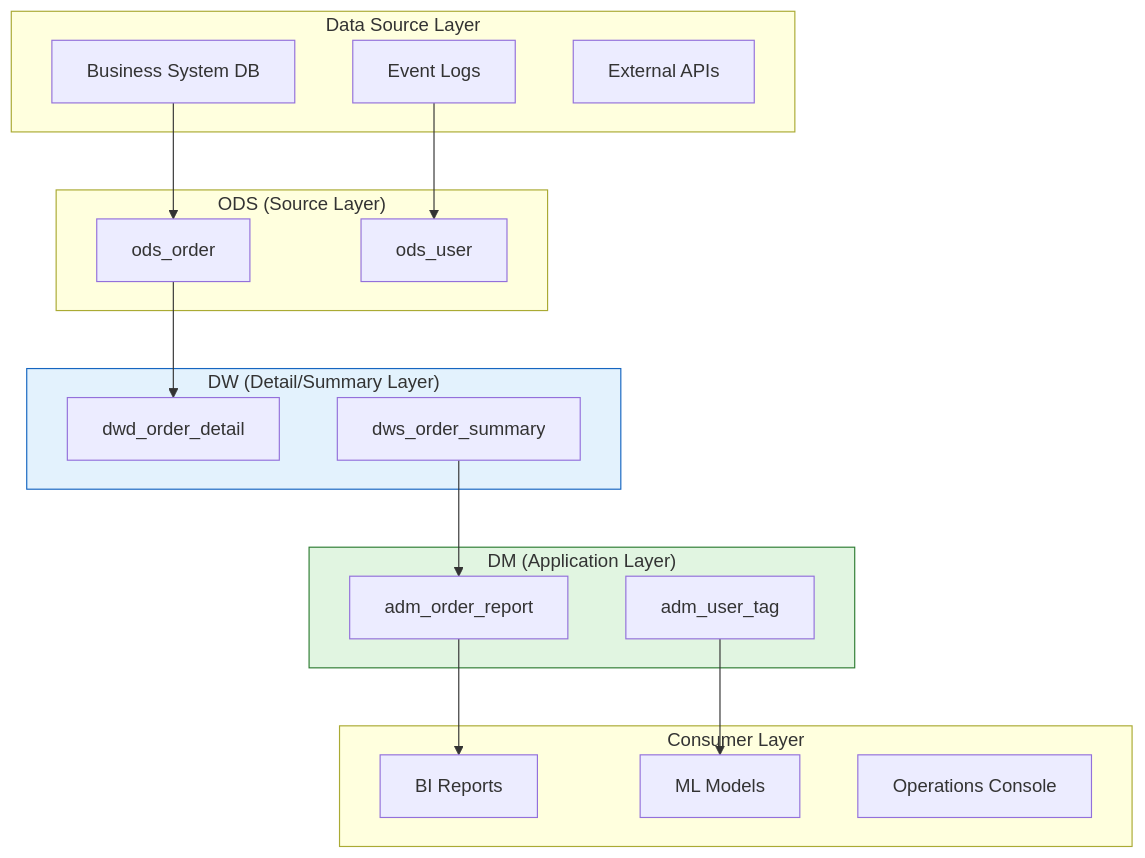
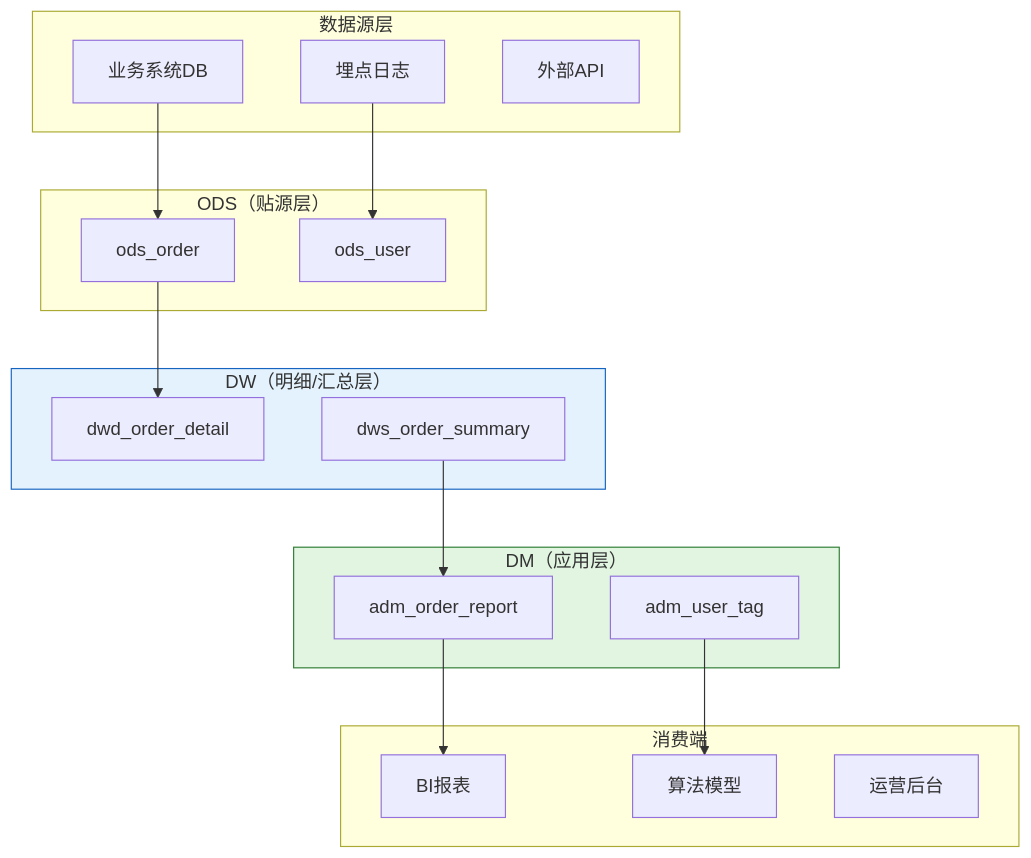
One commit to Kirky-X/cangjie changed the second of 11 diagrams in templates/Product/Technology/Template-DB-Design.md. Above: the diagram before and after it, drawn with Mermaid. The commit also changed other lines of this file and 33 other files, not shown here.

````diff
--- a/templates/Product/Technology/Template-DB-Design.md
+++ b/templates/Product/Technology/Template-DB-Design.md
@@ -148,39 +148,39 @@
 ```mermaid
 flowchart TD
-    subgraph Data Source Layer
-        A1[Business System DB]
-        A2[Event Logs]
-        A3[External APIs]
+    subgraph 数据源层
+        A1[业务系统DB]
+        A2[埋点日志]
+        A3[外部API]
     end
 
-    subgraph ODS["ODS (Source Layer)"]
+    subgraph ODS层["ODS（贴源层）"]
         B1[ods_order]
         B2[ods_user]
     end
 
-    subgraph DW["DW (Detail/Summary Layer)"]
+    subgraph DW层["DW（明细/汇总层）"]
         C1[dwd_order_detail]
         C2[dws_order_summary]
     end
 
-    subgraph DM["DM (Application Layer)"]
+    subgraph DM层["DM（应用层）"]
         D1[adm_order_report]
         D2[adm_user_tag]
     end
 
-    subgraph Consumer Layer
-        E1[BI Reports]
-        E2[ML Models]
-        E3[Operations Console]
+    subgraph 消费端
+        E1[BI报表]
+        E2[算法模型]
+        E3[运营后台]
     end
 
     A1 --> B1
     A2 --> B2
     B1 --> C1
     C2 --> D1
     D1 --> E1
     D2 --> E2
 
-    style DW fill:#e3f2fd,stroke:#1565c0
-    style DM fill:#e1f5e1,stroke:#2e7d32
+    style DW层 fill:#e3f2fd,stroke:#1565c0
+    style DM层 fill:#e1f5e1,stroke:#2e7d32
 ```
````
